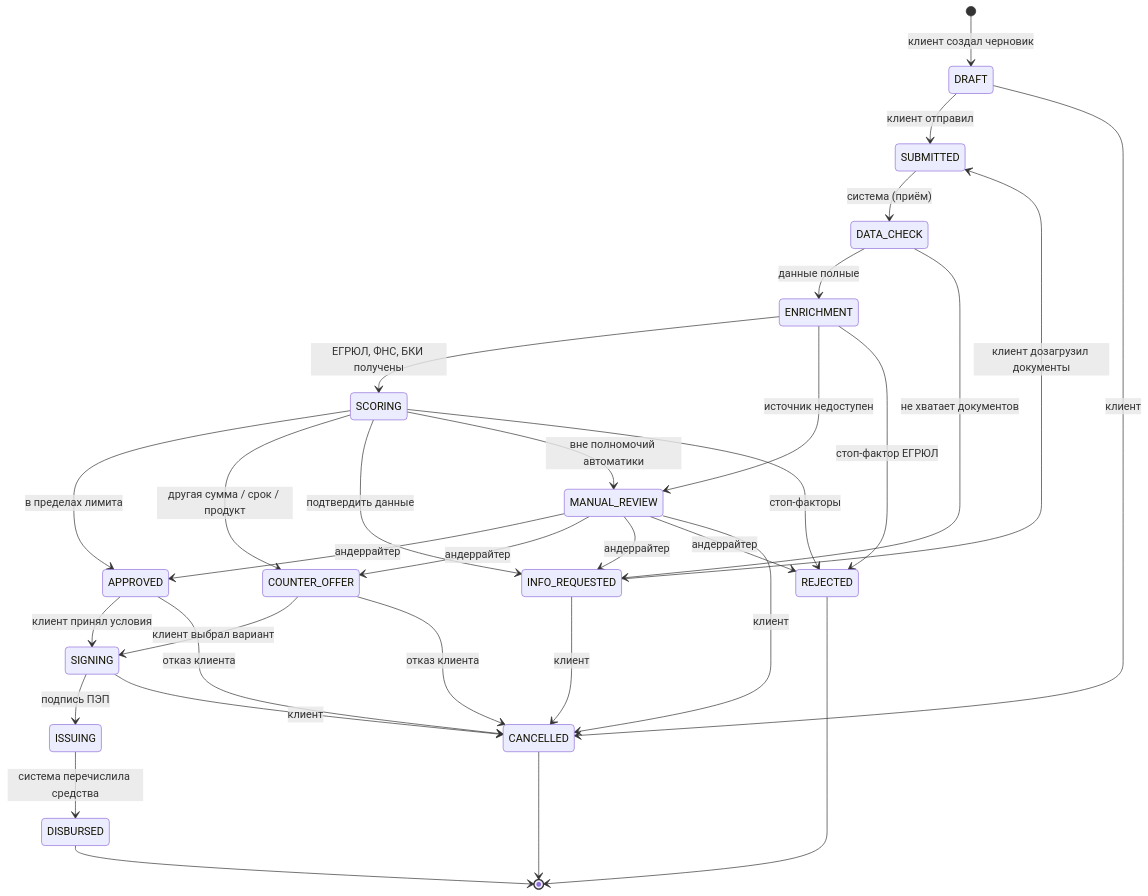
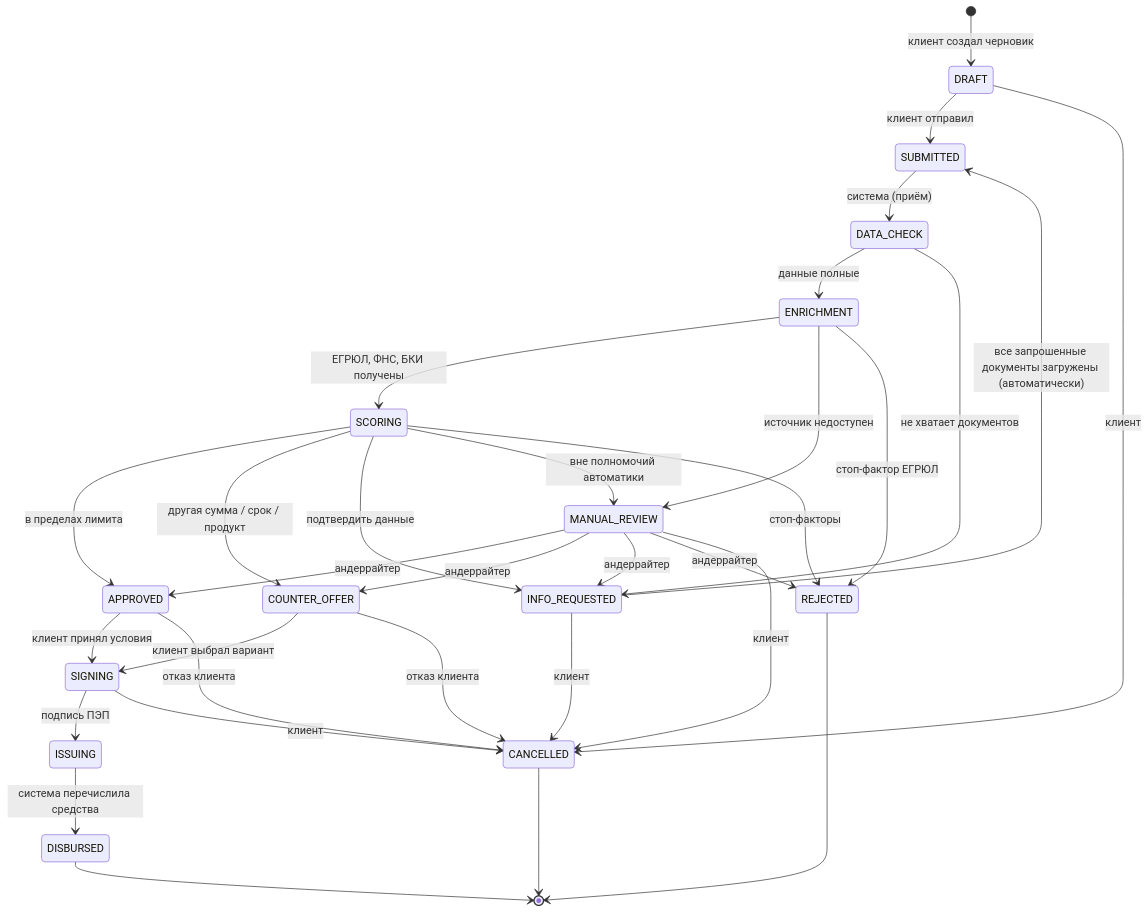
One commit to zefff12/alfa_hakaton changed the diagram in docs/state-diagram.md. Above: the diagram before and after it, drawn with Mermaid. The commit also changed 64 other files, not shown here.

````diff
--- a/docs/state-diagram.md
+++ b/docs/state-diagram.md
@@ -5,42 +5,42 @@
 ```mermaid
 stateDiagram-v2
     [*] --> DRAFT: клиент создал черновик
     DRAFT --> SUBMITTED: клиент отправил
     DRAFT --> CANCELLED: клиент
 
     SUBMITTED --> DATA_CHECK: система (приём)
     DATA_CHECK --> ENRICHMENT: данные полные
     DATA_CHECK --> INFO_REQUESTED: не хватает документов
 
     ENRICHMENT --> SCORING: ЕГРЮЛ, ФНС, БКИ получены
     ENRICHMENT --> MANUAL_REVIEW: источник недоступен
     ENRICHMENT --> REJECTED: стоп-фактор ЕГРЮЛ
 
     SCORING --> APPROVED: в пределах лимита
     SCORING --> COUNTER_OFFER: другая сумма / срок / продукт
     SCORING --> INFO_REQUESTED: подтвердить данные
     SCORING --> MANUAL_REVIEW: вне полномочий автоматики
     SCORING --> REJECTED: стоп-факторы
 
     MANUAL_REVIEW --> APPROVED: андеррайтер
     MANUAL_REVIEW --> COUNTER_OFFER: андеррайтер
     MANUAL_REVIEW --> INFO_REQUESTED: андеррайтер
     MANUAL_REVIEW --> REJECTED: андеррайтер
 
-    INFO_REQUESTED --> SUBMITTED: клиент дозагрузил документы
+    INFO_REQUESTED --> SUBMITTED: все запрошенные документы загружены (автоматически)
 
     APPROVED --> SIGNING: клиент принял условия
     COUNTER_OFFER --> SIGNING: клиент выбрал вариант
     SIGNING --> ISSUING: подпись ПЭП
     ISSUING --> DISBURSED: система перечислила средства
 
     INFO_REQUESTED --> CANCELLED: клиент
     MANUAL_REVIEW --> CANCELLED: клиент
     APPROVED --> CANCELLED: отказ клиента
     COUNTER_OFFER --> CANCELLED: отказ клиента
     SIGNING --> CANCELLED: клиент
 
     DISBURSED --> [*]
     REJECTED --> [*]
     CANCELLED --> [*]
 ```
````
